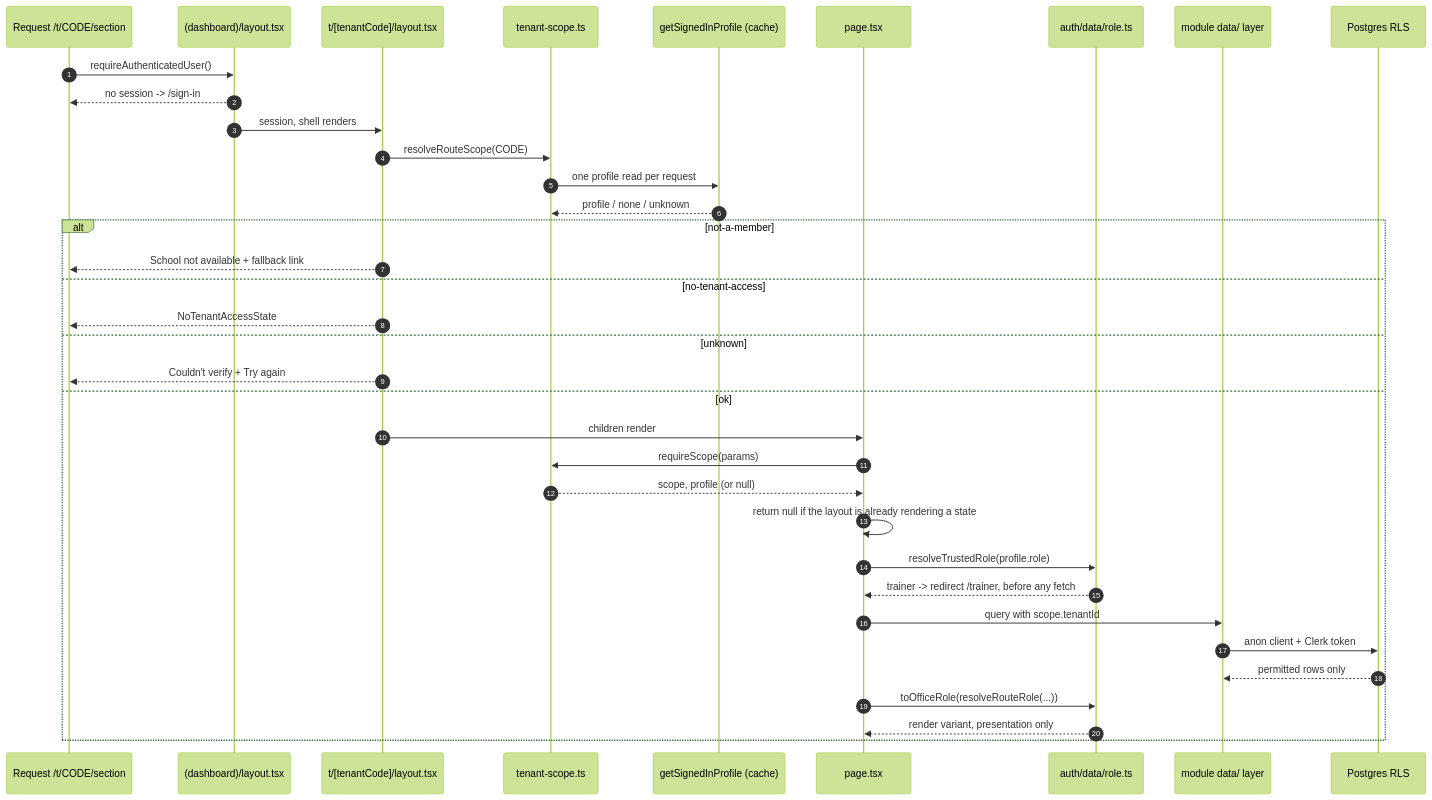
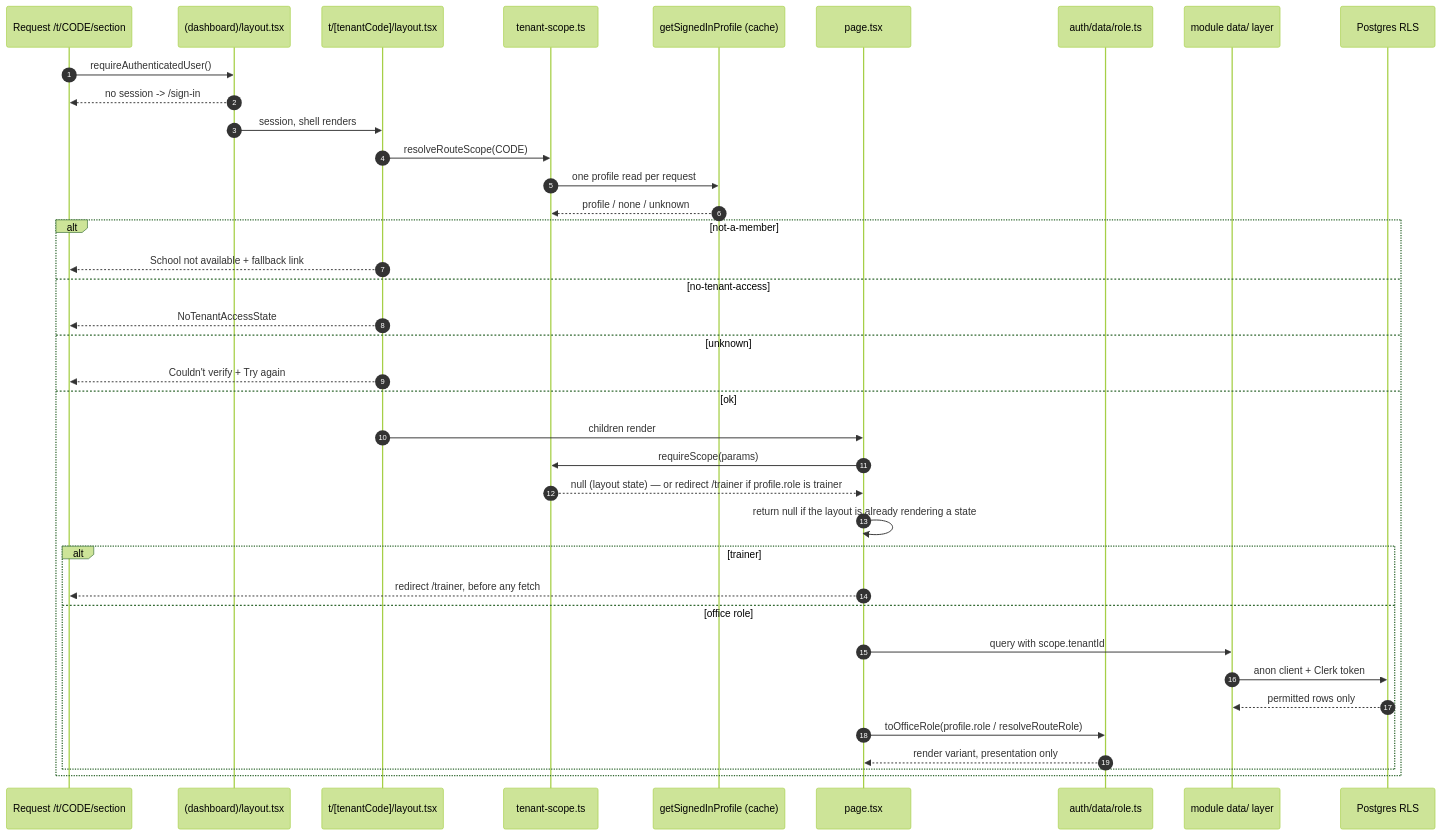
Before and after one commit to shuakyle21/tesda-compliance-manager: the diagram in openwiki/workflows/tenant-scoping-and-role-authority.md, drawn with Mermaid (forest theme). The commit also changed other lines of this file and 48 other files, not shown here.

````diff
--- a/openwiki/workflows/tenant-scoping-and-role-authority.md
+++ b/openwiki/workflows/tenant-scoping-and-role-authority.md
@@ -31,39 +69,41 @@
 ```mermaid
 sequenceDiagram
     autonumber
     participant Req as Request /t/CODE/section
     participant Gate as (dashboard)/layout.tsx
     participant SegL as t/[tenantCode]/layout.tsx
     participant Ctx as tenant-scope.ts
     participant Prof as getSignedInProfile (cache)
     participant Page as page.tsx
     participant Role as auth/data/role.ts
     participant Data as module data/ layer
     participant RLS as Postgres RLS
 
     Req->>Gate: requireAuthenticatedUser()
     Gate-->>Req: no session -> /sign-in
     Gate->>SegL: session, shell renders
     SegL->>Ctx: resolveRouteScope(CODE)
     Ctx->>Prof: one profile read per request
     Prof-->>Ctx: profile / none / unknown
     alt not-a-member
         SegL-->>Req: School not available + fallback link
     else no-tenant-access
         SegL-->>Req: NoTenantAccessState
     else unknown
         SegL-->>Req: Couldn't verify + Try again
     else ok
         SegL->>Page: children render
         Page->>Ctx: requireScope(params)
-        Ctx-->>Page: scope, profile (or null)
+        Ctx-->>Page: null (layout state) — or redirect /trainer if profile.role is trainer
         Page->>Page: return null if the layout is already rendering a state
-        Page->>Role: resolveTrustedRole(profile.role)
-        Role-->>Page: trainer -> redirect /trainer, before any fetch
-        Page->>Data: query with scope.tenantId
-        Data->>RLS: anon client + Clerk token
-        RLS-->>Data: permitted rows only
-        Page->>Role: toOfficeRole(resolveRouteRole(...))
-        Role-->>Page: render variant, presentation only
+        alt trainer
+            Page-->>Req: redirect /trainer, before any fetch
+        else office role
+            Page->>Data: query with scope.tenantId
+            Data->>RLS: anon client + Clerk token
+            RLS-->>Data: permitted rows only
+            Page->>Role: toOfficeRole(profile.role / resolveRouteRole)
+            Role-->>Page: render variant, presentation only
+        end
     end
 ```
````
